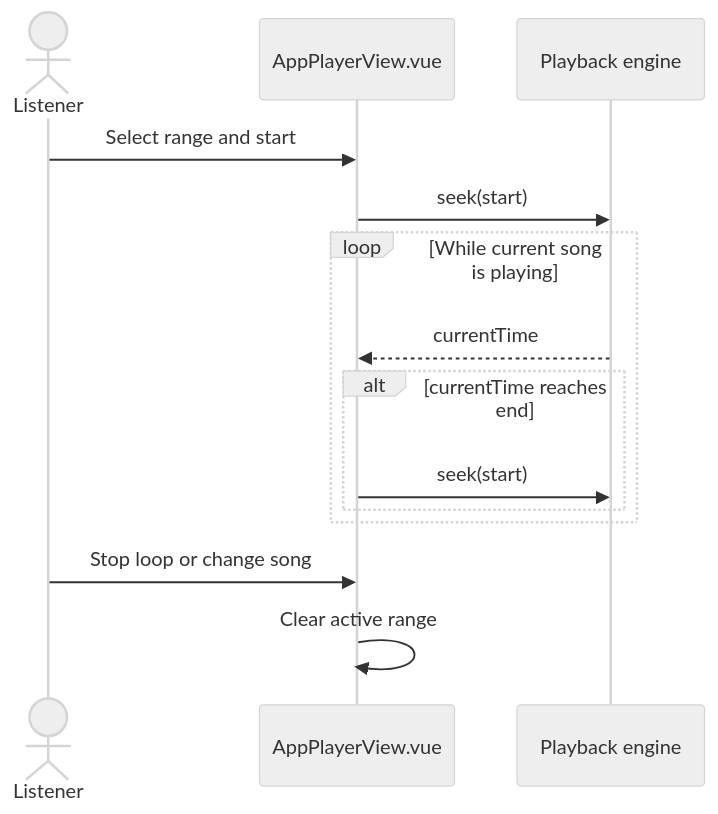
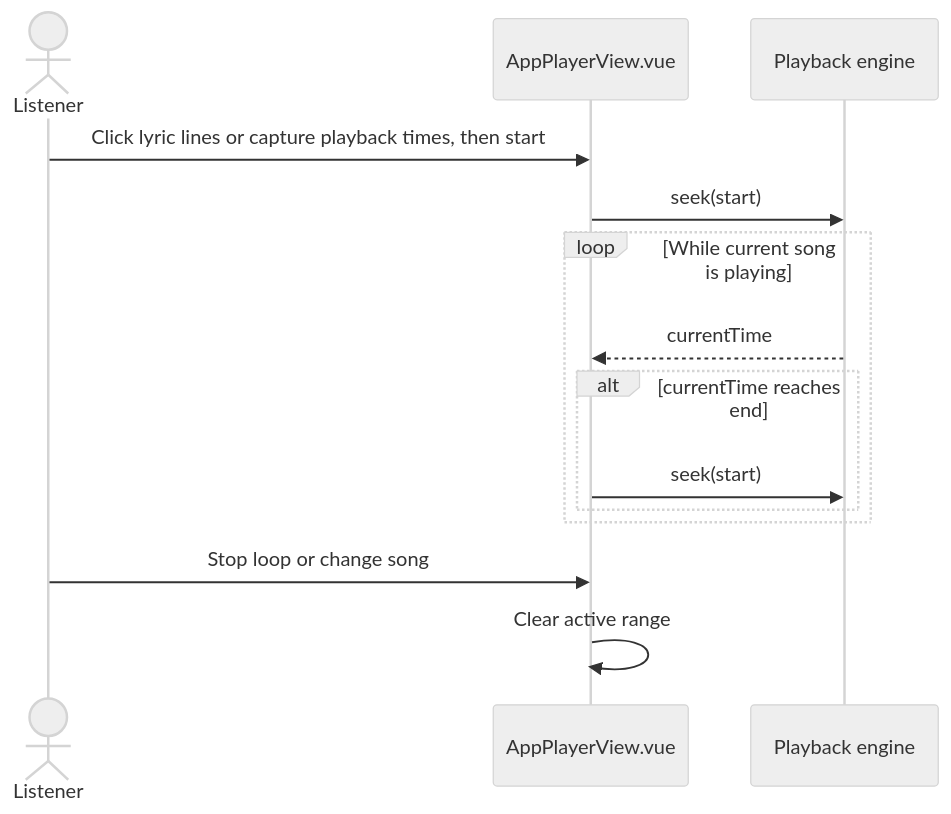
The diagram in docs/range-playback.md (Afeather2017/Kaulan), drawn with Mermaid (neutral theme) before and after one commit. The commit also changed other lines of this file and 2 other files, not shown here.

First line of the commit message:
Improve range playback selection controls

````diff
--- a/docs/range-playback.md
+++ b/docs/range-playback.md
@@ -28,16 +34,16 @@
 ```mermaid
 sequenceDiagram
     actor Listener
     participant View as AppPlayerView.vue
     participant Player as Playback engine
-    Listener->>View: Select range and start
+    Listener->>View: Click lyric lines or capture playback times, then start
     View->>Player: seek(start)
     loop While current song is playing
         Player-->>View: currentTime
         alt currentTime reaches end
             View->>Player: seek(start)
         end
     end
     Listener->>View: Stop loop or change song
     View->>View: Clear active range
 ```
````
